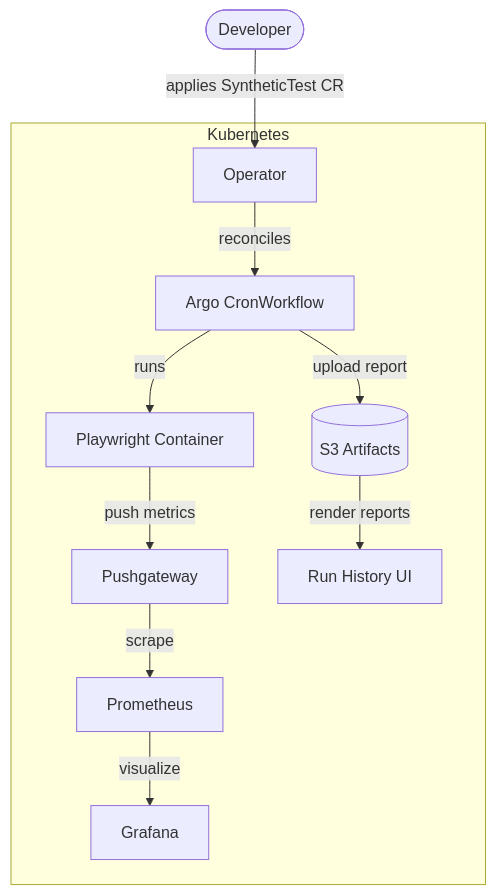
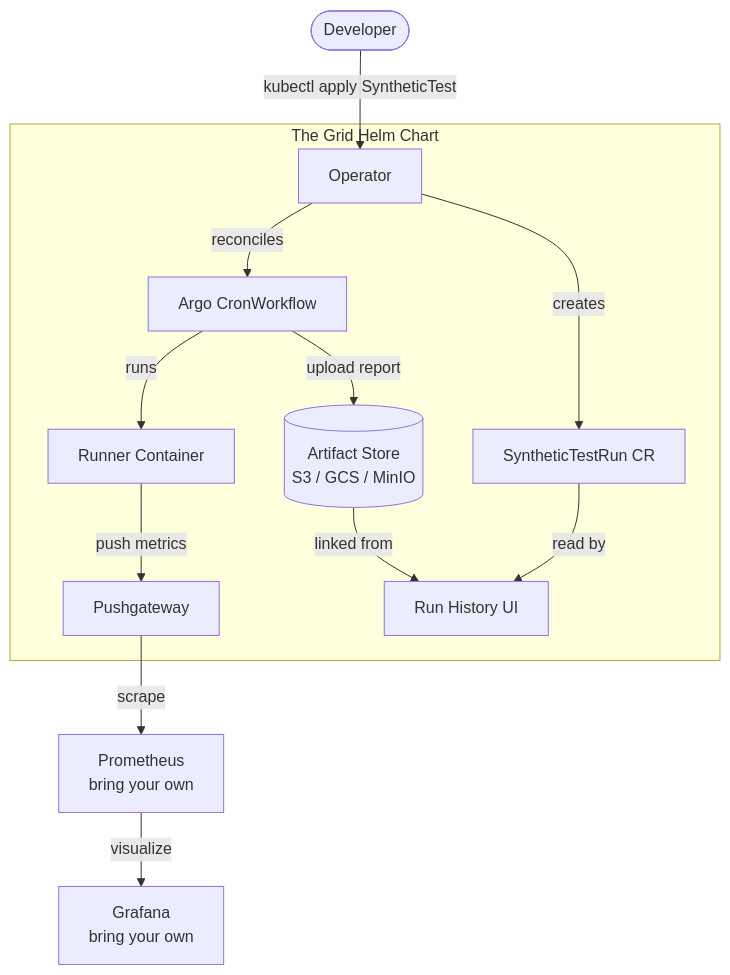
One commit to dylanjustice/the-grid changed the diagram in docs/project-plan.md. Above: the diagram before and after it, drawn with Mermaid. The commit also changed other lines of this file and 3 other files, not shown here.

Commit message:
Stubbing in a chart

````diff
--- a/docs/project-plan.md
+++ b/docs/project-plan.md
@@ -153,14 +193,17 @@
 ```mermaid
 flowchart TD
-    Dev([Developer]) -->|applies SyntheticTest CR| Op
+    Dev([Developer]) -->|kubectl apply SyntheticTest| Op
 
-    subgraph k8s [Kubernetes]
+    subgraph chart [The Grid Helm Chart]
         Op[Operator] -->|reconciles| CW[Argo CronWorkflow]
-        CW -->|runs| PW[Playwright Container]
+        CW -->|runs| PW[Runner Container]
         PW -->|push metrics| PGW[Pushgateway]
-        PGW -->|scrape| Prom[Prometheus]
-        Prom -->|visualize| Grafana
-        CW -->|upload report| S3[(S3 Artifacts)]
-        S3 -->|render reports| UI[Run History UI]
+        CW -->|upload report| S3[(Artifact Store\nS3 / GCS / MinIO)]
+        Op -->|creates| STR[SyntheticTestRun CR]
+        STR -->|read by| UI[Run History UI]
+        S3 -->|linked from| UI
     end
+
+    PGW -->|scrape| Prom[Prometheus\nbring your own]
+    Prom -->|visualize| Grafana[Grafana\nbring your own]
 ```
````
